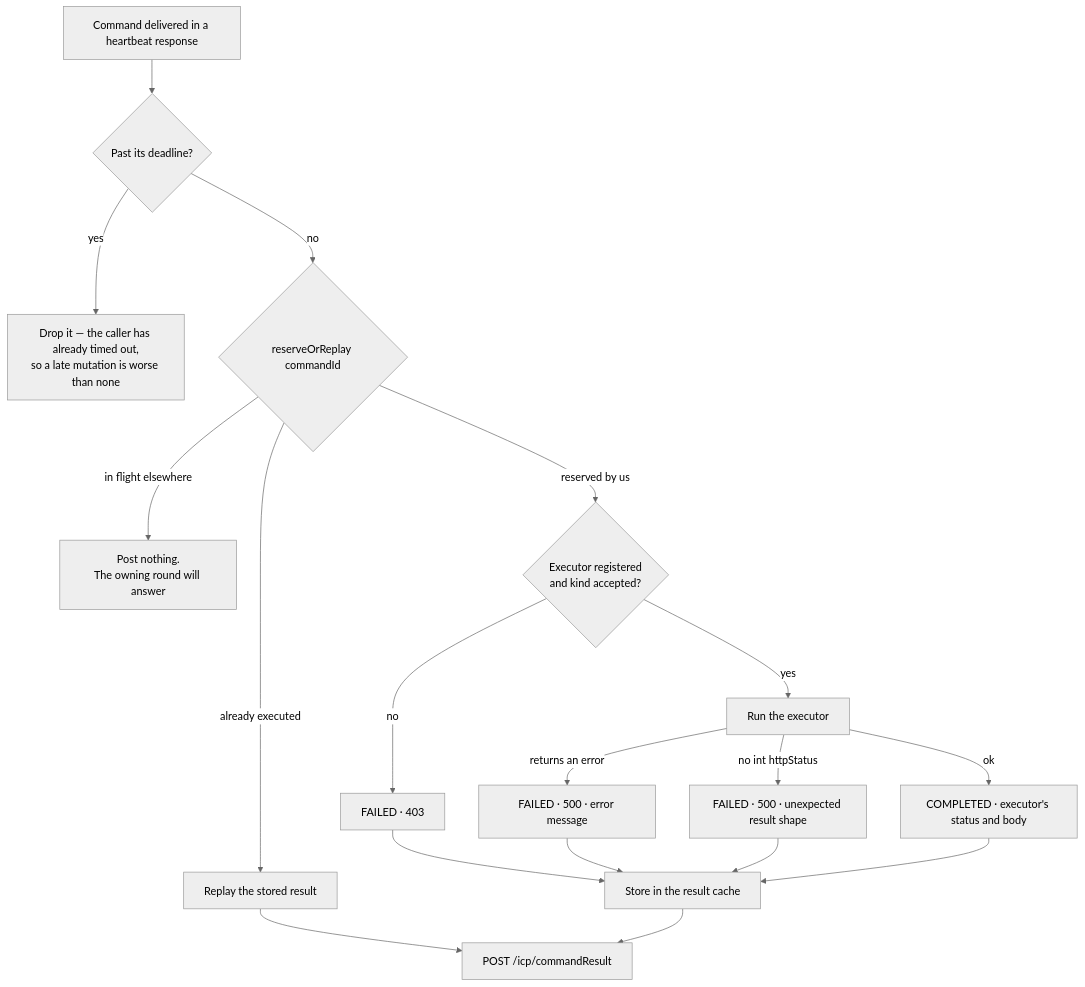
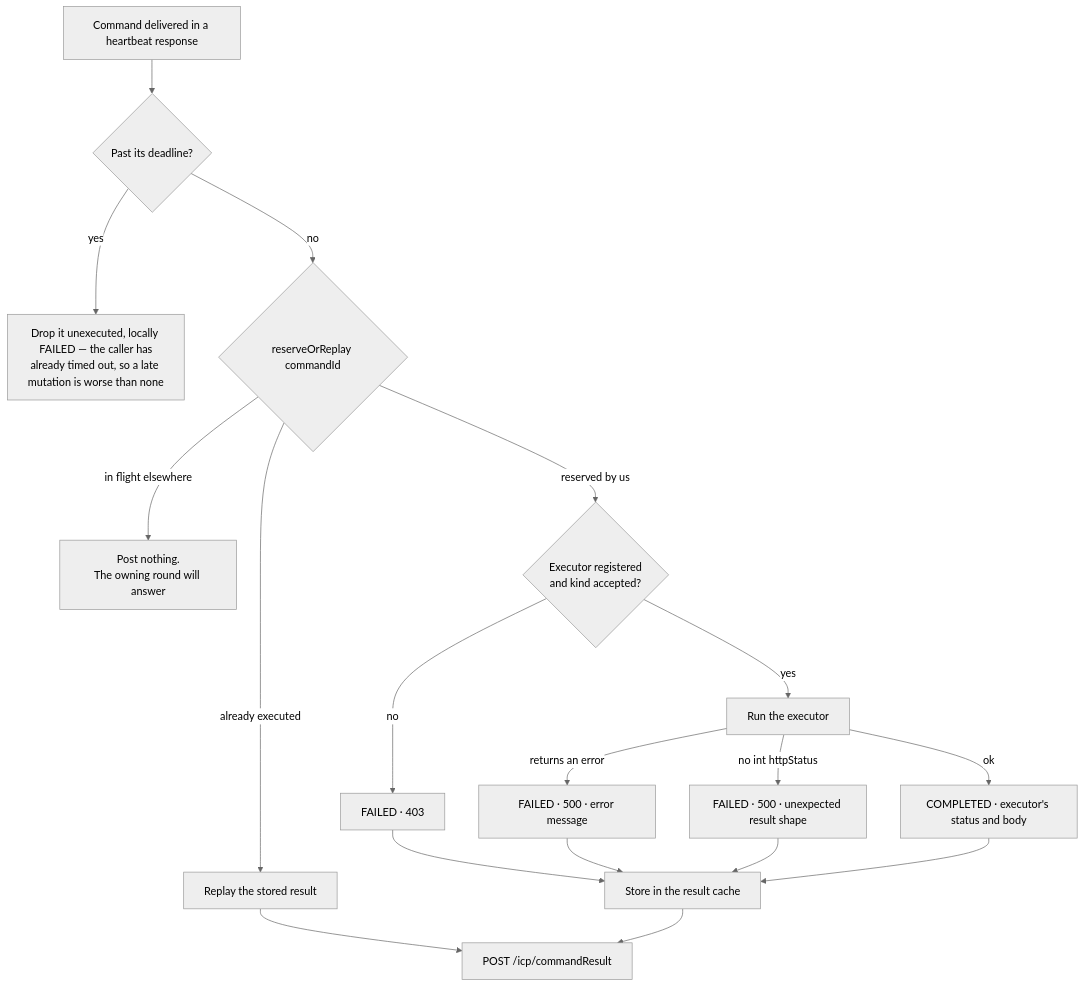
The second of 2 diagrams in docs/command-tunnel.md (Dilhasha/icp-runtime-bridge), drawn with Mermaid (neutral theme) before and after one commit. The commit also changed other lines of this file and 1 other file, not shown here.

````diff
--- a/docs/command-tunnel.md
+++ b/docs/command-tunnel.md
@@ -95,24 +95,24 @@
 ```mermaid
 flowchart TD
     A[Command delivered in a heartbeat response] --> B{Past its deadline?}
-    B -- yes --> B1[Drop it — the caller has already timed out,<br/>so a late mutation is worse than none]
+    B -- yes --> B1[Drop it unexecuted, locally FAILED — the caller has<br/>already timed out, so a late mutation is worse than none]
     B -- no --> C{reserveOrReplay commandId}
 
     C -- already executed --> C1[Replay the stored result]
     C -- in flight elsewhere --> C2[Post nothing.<br/>The owning round will answer]
     C -- reserved by us --> D{Executor registered<br/>and kind accepted?}
 
     D -- no --> E[FAILED · 403]
     D -- yes --> F[Run the executor]
 
     F -- returns an error --> G[FAILED · 500 · error message]
     F -- no int httpStatus --> H[FAILED · 500 · unexpected result shape]
     F -- ok --> I[COMPLETED · executor's status and body]
 
     E --> J[Store in the result cache]
     G --> J
     H --> J
     I --> J
     C1 --> K[POST /icp/commandResult]
     J --> K
 ```
````
